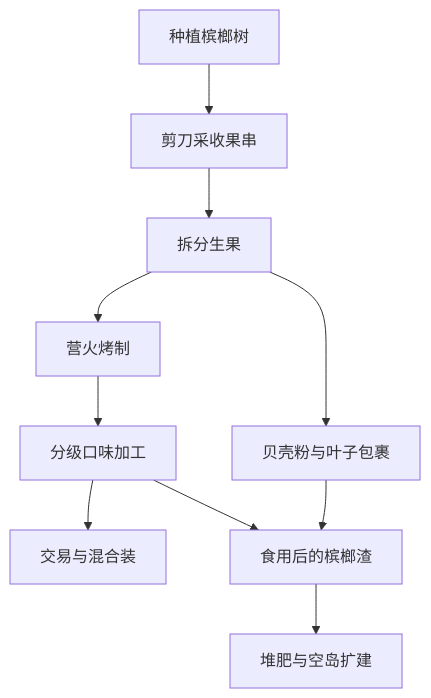
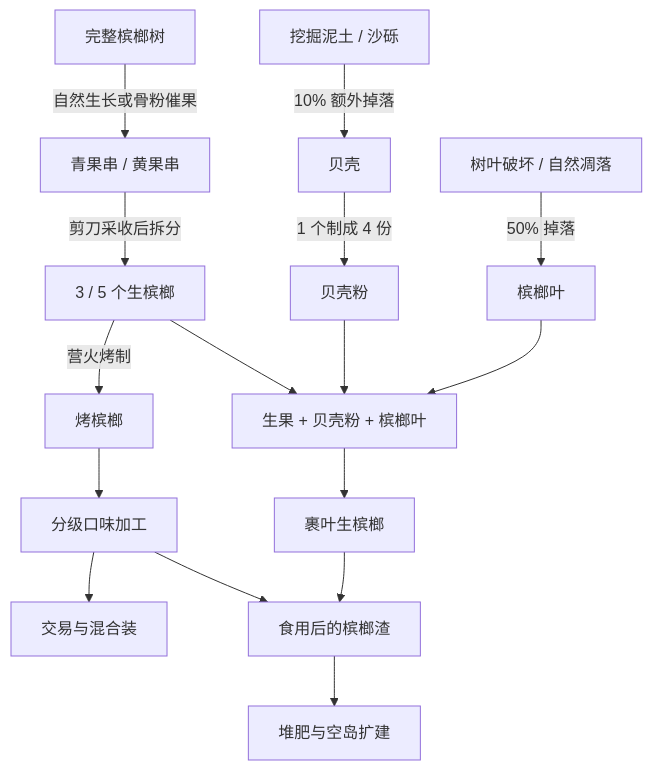
One commit to ikunkk02-afk/Betel-Nut-Mod changed the diagram in README.md. Above: the diagram before and after it, drawn with Mermaid. The commit also changed other lines of this file and 15 other files, not shown here.

````diff
--- a/README.md
+++ b/README.md
@@ -89,12 +93,18 @@
 ```mermaid
 flowchart TB
-    A["种植槟榔树"] --> B["剪刀采收果串"]
-    B --> C["拆分生果"]
-    C --> D["营火烤制"]
+    A["完整槟榔树"] -->|"自然生长或骨粉催果"| B["青果串 / 黄果串"]
+    B -->|"剪刀采收后拆分"| C["3 / 5 个生槟榔"]
+    C -->|"营火烤制"| D["烤槟榔"]
     D --> E["分级口味加工"]
-    C --> F["贝壳粉与叶子包裹"]
+    M["挖掘泥土 / 沙砾"] -->|"10% 额外掉落"| S["贝壳"]
+    S -->|"1 个制成 4 份"| P["贝壳粉"]
+    L["树叶破坏 / 自然凋落"] -->|"50% 掉落"| F["槟榔叶"]
+    C --> W["生果 + 贝壳粉 + 槟榔叶"]
+    P --> W
+    F --> W
+    W --> R["裹叶生槟榔"]
     E --> G["交易与混合装"]
     E --> H["食用后的槟榔渣"]
-    F --> H
+    R --> H
     H --> I["堆肥与空岛扩建"]
 ```
````
